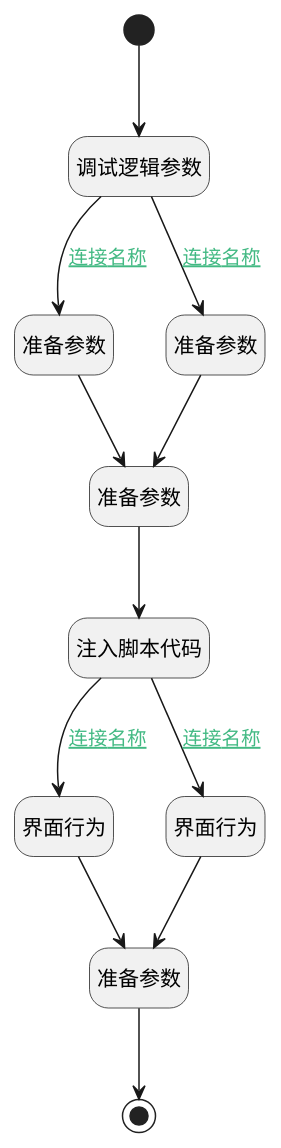
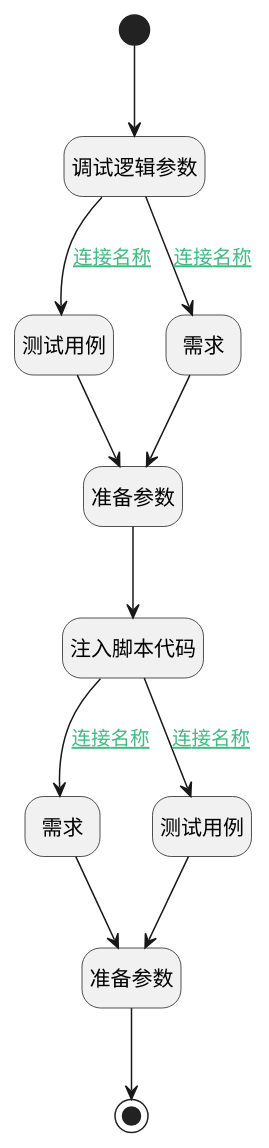
The diagram in doc/docsify/module/TestMgmt/review_content/uilogic/review_content_version_comparison.md (iBizLab/plm), drawn with PlantUML before and after one commit. The commit also changed other lines of this file and 686 other files, not shown here.

````diff
--- a/doc/docsify/module/TestMgmt/review_content/uilogic/review_content_version_comparison.md
+++ b/doc/docsify/module/TestMgmt/review_content/uilogic/review_content_version_comparison.md
@@ -7,37 +7,37 @@
 ```plantuml
 @startuml
 hide footbox
 <style>
 root {
   HyperlinkColor #42b983
 }
 </style>
 
 hide empty description
 state "开始" as Begin <<start>> [[$./review_content_version_comparison#begin {开始}]]
+state "调试逻辑参数" as DEBUGPARAM1  [[$./review_content_version_comparison#debugparam1 {调试逻辑参数}]]
+state "测试用例" as PREPAREJSPARAM1  [[$./review_content_version_comparison#preparejsparam1 {测试用例}]]
 state "准备参数" as PREPAREJSPARAM4  [[$./review_content_version_comparison#preparejsparam4 {准备参数}]]
+state "结束" as END1 <<end>> [[$./review_content_version_comparison#end1 {结束}]]
 state "准备参数" as PREPAREJSPARAM2  [[$./review_content_version_comparison#preparejsparam2 {准备参数}]]
-state "结束" as END1 <<end>> [[$./review_content_version_comparison#end1 {结束}]]
-state "调试逻辑参数" as DEBUGPARAM1  [[$./review_content_version_comparison#debugparam1 {调试逻辑参数}]]
-state "界面行为" as DEUIACTION1  [[$./review_content_version_comparison#deuiaction1 {界面行为}]]
+state "需求" as DEUIACTION2  [[$./review_content_version_comparison#deuiaction2 {需求}]]
 state "注入脚本代码" as RAWJSCODE1  [[$./review_content_version_comparison#rawjscode1 {注入脚本代码}]]
-state "界面行为" as DEUIACTION2  [[$./review_content_version_comparison#deuiaction2 {界面行为}]]
-state "准备参数" as PREPAREJSPARAM3  [[$./review_content_version_comparison#preparejsparam3 {准备参数}]]
-state "准备参数" as PREPAREJSPARAM1  [[$./review_content_version_comparison#preparejsparam1 {准备参数}]]
+state "测试用例" as DEUIACTION1  [[$./review_content_version_comparison#deuiaction1 {测试用例}]]
+state "需求" as PREPAREJSPARAM3  [[$./review_content_version_comparison#preparejsparam3 {需求}]]
 
 
 Begin --> DEBUGPARAM1
 DEBUGPARAM1 --> PREPAREJSPARAM1 : [[$./review_content_version_comparison#debugparam1-preparejsparam1{连接名称} 连接名称]]
 PREPAREJSPARAM1 --> PREPAREJSPARAM4
 PREPAREJSPARAM4 --> RAWJSCODE1
 RAWJSCODE1 --> DEUIACTION1 : [[$./review_content_version_comparison#rawjscode1-deuiaction1{连接名称} 连接名称]]
 DEUIACTION1 --> PREPAREJSPARAM2
 PREPAREJSPARAM2 --> END1
 RAWJSCODE1 --> DEUIACTION2 : [[$./review_content_version_comparison#rawjscode1-deuiaction2{连接名称} 连接名称]]
 DEUIACTION2 --> PREPAREJSPARAM2
 DEBUGPARAM1 --> PREPAREJSPARAM3 : [[$./review_content_version_comparison#debugparam1-preparejsparam3{连接名称} 连接名称]]
 PREPAREJSPARAM3 --> PREPAREJSPARAM4
 
 
 @enduml
 ```
````
